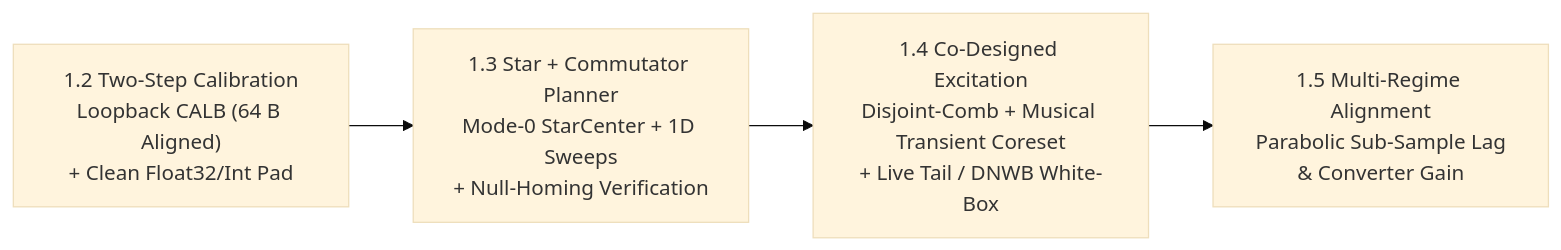
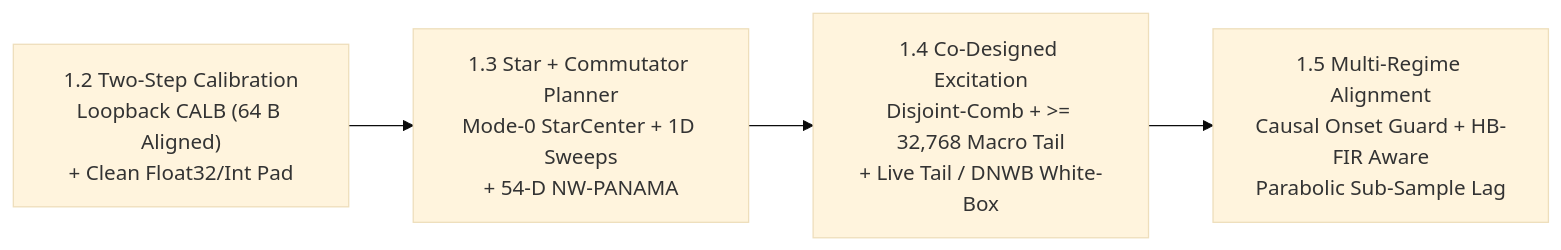
The diagram in docs/specs/training/capture_and_alignment.md (mokugen/dnam), drawn with Mermaid (base theme) before and after one commit. The commit also changed other lines of this file and 16 other files, not shown here.

````diff
--- a/docs/specs/training/capture_and_alignment.md
+++ b/docs/specs/training/capture_and_alignment.md
@@ -31,6 +35,6 @@
 ```mermaid
 flowchart LR
-    Calib["1.2 Two-Step Calibration<br/>Loopback CALB (64 B Aligned)<br/>+ Clean Float32/Int Pad"] --> Plan["1.3 Star + Commutator Planner<br/>Mode-0 StarCenter + 1D Sweeps<br/>+ Null-Homing Verification"]
-    Plan --> Excite["1.4 Co-Designed Excitation<br/>Disjoint-Comb + Musical Transient Coreset<br/>+ Live Tail / DNWB White-Box"]
-    Excite --> Align["1.5 Multi-Regime Alignment<br/>Parabolic Sub-Sample Lag<br/>& Converter Gain"]
+    Calib["1.2 Two-Step Calibration<br/>Loopback CALB (64 B Aligned)<br/>+ Clean Float32/Int Pad"] --> Plan["1.3 Star + Commutator Planner<br/>Mode-0 StarCenter + 1D Sweeps<br/>+ 54-D NW-PANAMA"]
+    Plan --> Excite["1.4 Co-Designed Excitation<br/>Disjoint-Comb + >= 32,768 Macro Tail<br/>+ Live Tail / DNWB White-Box"]
+    Excite --> Align["1.5 Multi-Regime Alignment<br/>Causal Onset Guard + HB-FIR Aware<br/>Parabolic Sub-Sample Lag"]
 ```
````
